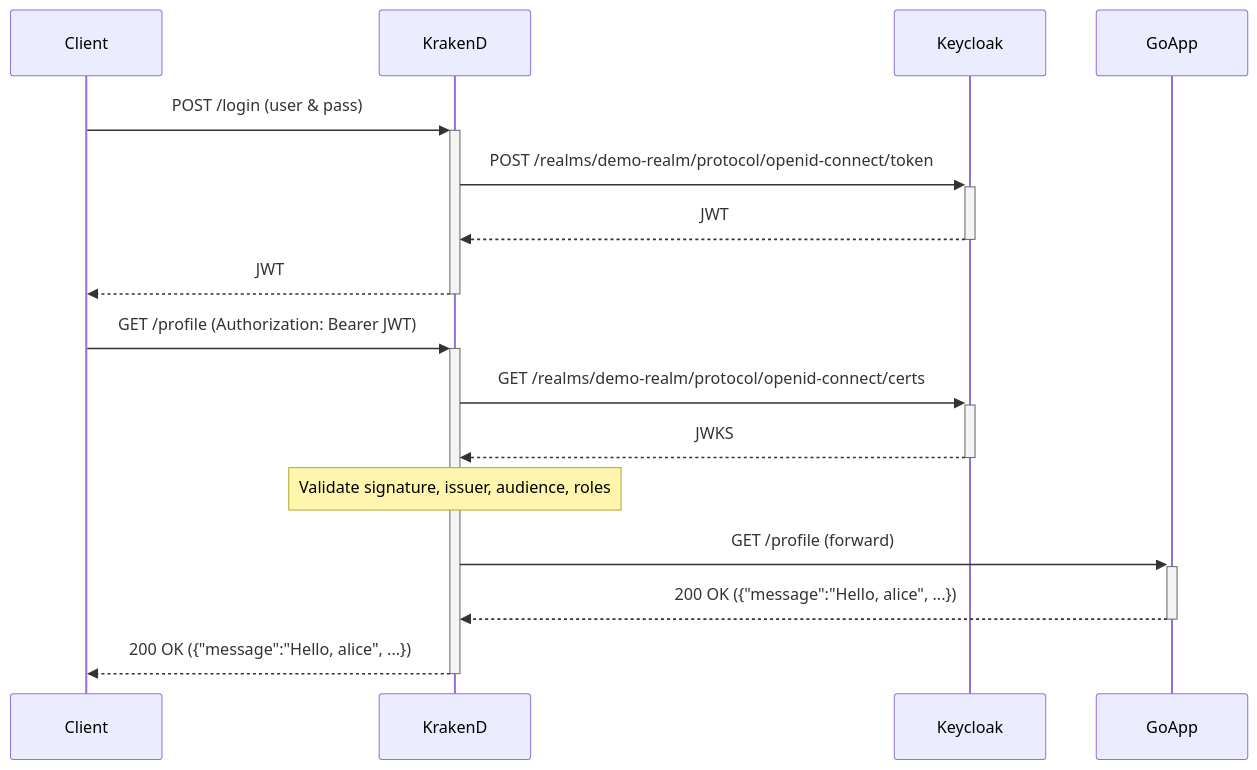
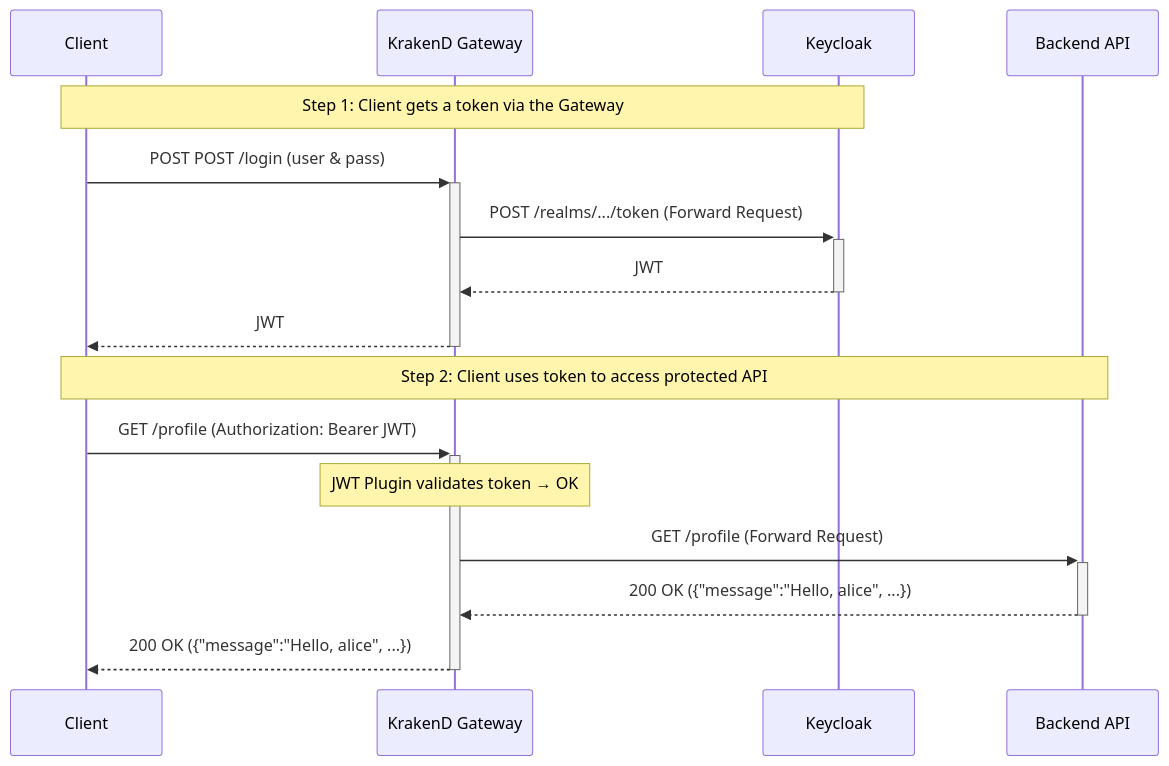
The diagram in README.md (Palakorn-Voramongkol/golang-krakend-keycloak), drawn with Mermaid before and after one commit.

`````diff
--- a/README.md
+++ b/README.md
@@ -34,21 +34,22 @@
 ```mermaid
 sequenceDiagram
     participant Client
-    participant KrakenD
+    participant KrakenD Gateway
     participant Keycloak
-    participant GoApp
+    participant Backend API
 
-    Client->>+KrakenD: POST /login (user & pass)
-    KrakenD->>+Keycloak: POST /realms/demo-realm/protocol/openid-connect/token
-    Keycloak-->>-KrakenD: JWT
-    KrakenD-->>-Client: JWT
+    Note over Client, Keycloak: Step 1: Client gets a token via the Gateway
+    Client->>+KrakenD Gateway: POST POST /login (user & pass)
+    KrakenD Gateway->>+Keycloak: POST /realms/.../token (Forward Request)
+    Keycloak-->>-KrakenD Gateway: JWT
+    KrakenD Gateway-->>-Client: JWT
 
-    Client->>+KrakenD: GET /profile (Authorization: Bearer JWT)
-    KrakenD->>+Keycloak: GET /realms/demo-realm/protocol/openid-connect/certs
-    Keycloak-->>-KrakenD: JWKS
+    Note over Client, Backend API: Step 2: Client uses token to access protected API
+    Client->>+KrakenD Gateway: GET /profile (Authorization: Bearer JWT)
+    
+    Note over KrakenD Gateway: JWT Plugin validates token → OK
 
-    Note over KrakenD: Validate signature, issuer, audience, roles
-    KrakenD->>+GoApp: GET /profile (forward)
-    GoApp-->>-KrakenD: 200 OK ({"message":"Hello, alice", ...})
-    KrakenD-->>-Client: 200 OK ({"message":"Hello, alice", ...})
-```
+    KrakenD Gateway->>+Backend API: GET /profile (Forward Request)
+    Backend API-->>-KrakenD Gateway: 200 OK ({"message":"Hello, alice", ...})
+    KrakenD Gateway-->>-Client: 200 OK ({"message":"Hello, alice", ...})
+````
`````
